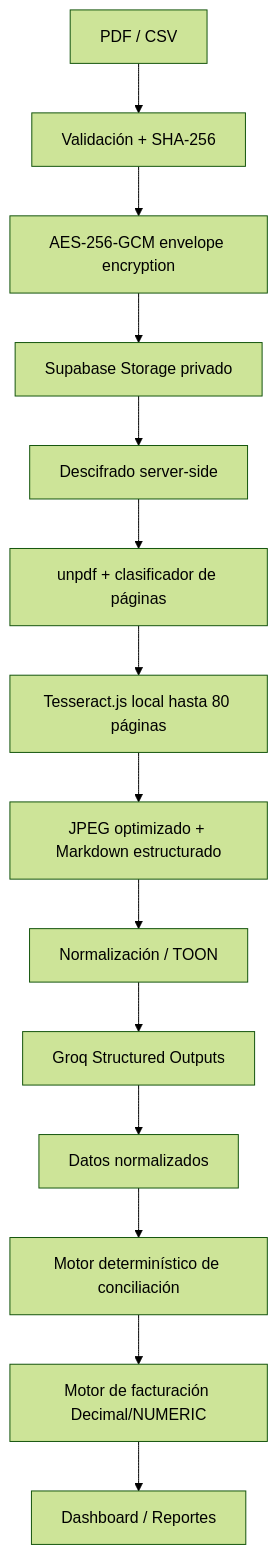
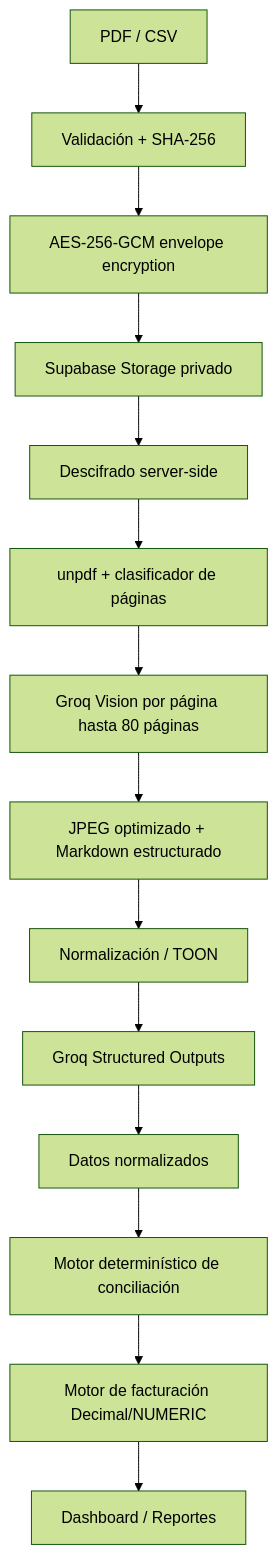
The diagram in README.md (JMontes1986/albaranes-laura), drawn with Mermaid (forest theme) before and after one commit. The commit also changed other lines of this file and 16 other files, not shown here.

````diff
--- a/README.md
+++ b/README.md
@@ -7,16 +7,16 @@
 ```mermaid
 flowchart TD
   U[PDF / CSV] --> V[Validación + SHA-256]
   V --> E[AES-256-GCM envelope encryption]
   E --> S[Supabase Storage privado]
   S --> D[Descifrado server-side]
   D --> P[unpdf + clasificador de páginas]
-  P --> O[Tesseract.js local hasta 80 páginas]
+  P --> O[Groq Vision por página hasta 80 páginas]
   O --> C[JPEG optimizado + Markdown estructurado]
   C --> T[Normalización / TOON]
   T --> G[Groq Structured Outputs]
   G --> N[Datos normalizados]
   N --> R[Motor determinístico de conciliación]
   R --> B[Motor de facturación Decimal/NUMERIC]
   B --> UI[Dashboard / Reportes]
 ```
````
